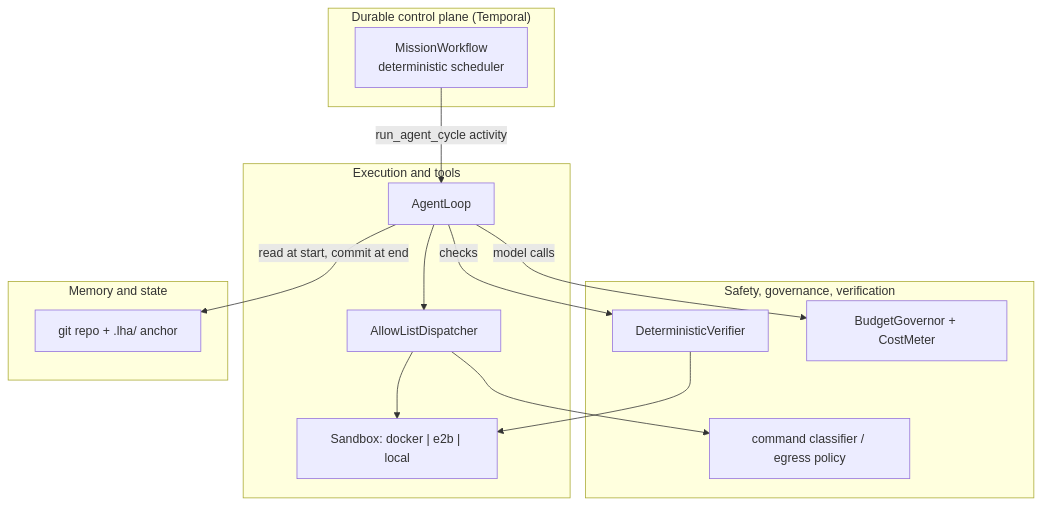
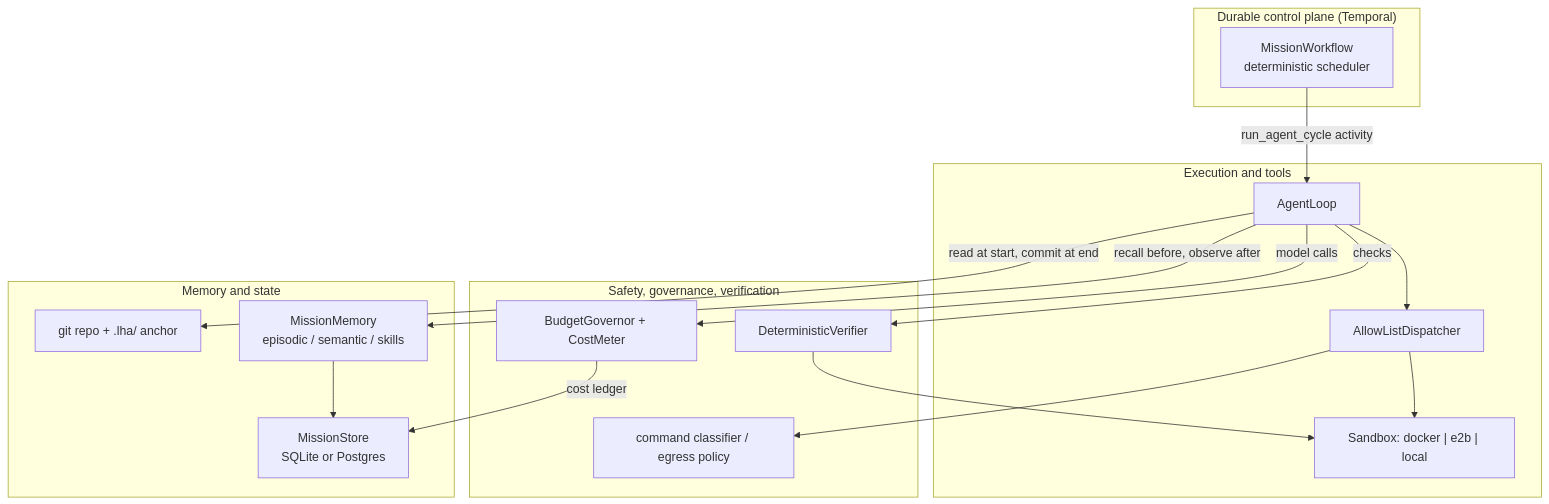
One commit to calvinchengx/long-horizon-agent changed the second of 4 diagrams in docs/05-architecture.md. Above: the diagram before and after it, drawn with Mermaid. The commit also changed other lines of this file and 32 other files, not shown here.

````diff
--- a/docs/05-architecture.md
+++ b/docs/05-architecture.md
@@ -83,24 +97,29 @@
 ```mermaid
 flowchart TB
     subgraph control["Durable control plane (Temporal)"]
         WF["MissionWorkflow<br/>deterministic scheduler"]
     end
     subgraph exec["Execution and tools"]
         LOOP["AgentLoop"] --> DISP["AllowListDispatcher"]
         DISP --> SB["Sandbox: docker | e2b | local"]
     end
     subgraph gov["Safety, governance, verification"]
         VER["DeterministicVerifier"]
         BUD["BudgetGovernor + CostMeter"]
         CLS["command classifier / egress policy"]
     end
     subgraph state["Memory and state"]
         ANCHOR["git repo + .lha/ anchor"]
+        MEM["MissionMemory<br/>episodic / semantic / skills"]
+        STORE["MissionStore<br/>SQLite or Postgres"]
     end
     WF -- "run_agent_cycle activity" --> LOOP
     LOOP -- "model calls" --> BUD
     DISP --> CLS
     LOOP -- "checks" --> VER
     VER --> SB
     LOOP -- "read at start, commit at end" --> ANCHOR
+    LOOP -- "recall before, observe after" --> MEM
+    MEM --> STORE
+    BUD -- "cost ledger" --> STORE
 ```
````
